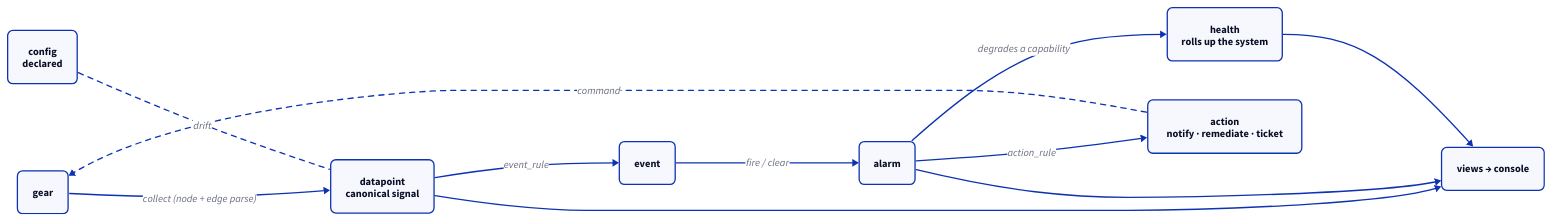
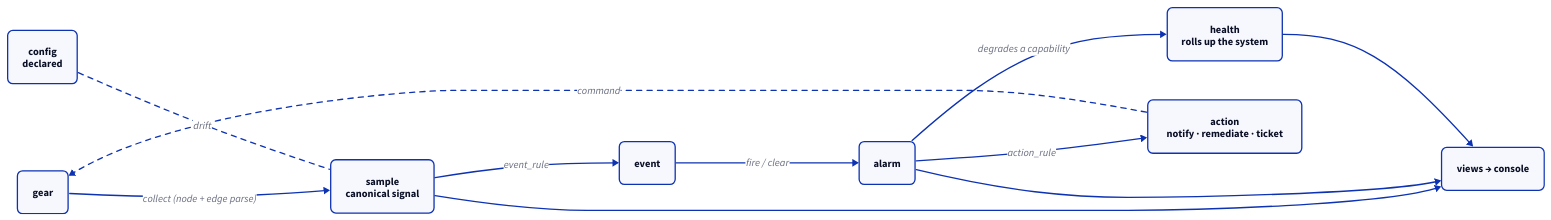
One commit to hyperscaleav/omniglass changed the second of 2 diagrams in docs/src/content/docs/architecture/index.md. Above: the diagram before and after it, drawn with D2. The commit also changed other lines of this file and 35 other files, not shown here.

````diff
--- a/docs/src/content/docs/architecture/index.md
+++ b/docs/src/content/docs/architecture/index.md
@@ -147,31 +147,31 @@
 ```d2
 direction: right
 
 # Shape colors are deliberately omitted: the inline SVG is themed from the site's
 # brand tokens in custom.css so it follows Starlight's light/dark toggle. Only
 # structure (rounding, dashes, the highlighted key node) lives here.
 classes: {
   node: { style.border-radius: 8 }
   key: { style: { border-radius: 8; bold: true } }
 }
 
 gear: gear { class: node }
-datapoint: "datapoint\ncanonical signal" { class: key }
+sample: "sample\ncanonical signal" { class: key }
 event: event { class: node }
 alarm: alarm { class: node }
 health: "health\nrolls up the system" { class: node }
 action: "action\nnotify · remediate · ticket" { class: node }
 config: "config\ndeclared" { class: node }
 views: "views → console" { class: node }
 
-gear -> datapoint: collect (node + edge parse)
-datapoint -> event: event_rule
+gear -> sample: collect (node + edge parse)
+sample -> event: event_rule
 event -> alarm: fire / clear
 alarm -> health: degrades a capability
 alarm -> action: action_rule
 action -> gear: command { style.stroke-dash: 4 }
-config -- datapoint: drift { style.stroke-dash: 4 }
-datapoint -> views
+config -- sample: drift { style.stroke-dash: 4 }
+sample -> views
 alarm -> views
 health -> views
 ```
````
